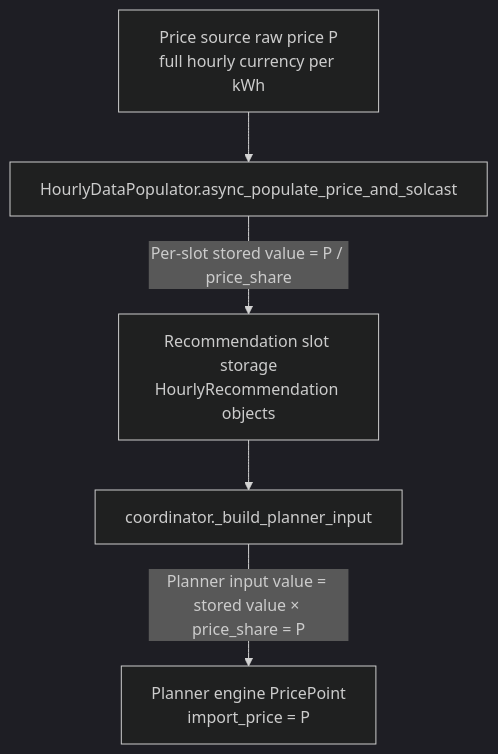
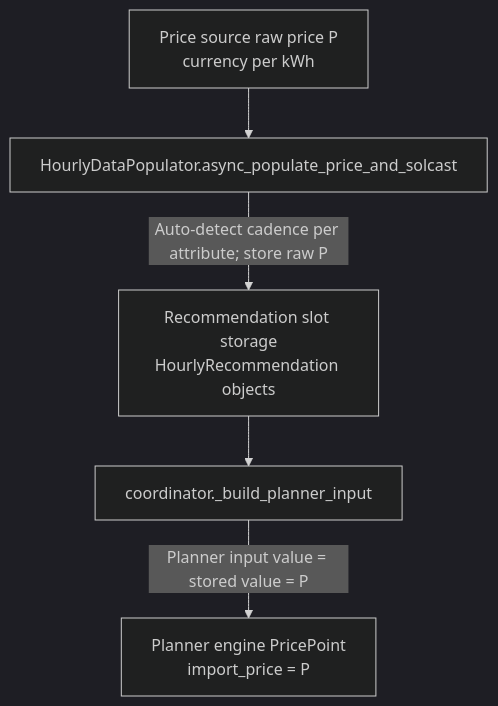
The diagram in docs/price-scaling.md (woopstar/hsem), drawn with Mermaid (dark theme) before and after one commit. The commit also changed other lines of this file and 9 other files, not shown here.

Commit message:
fix(populator): auto-detect source interval per attribute; store raw values (#761)

````diff
--- a/docs/price-scaling.md
+++ b/docs/price-scaling.md
@@ -39,13 +37,13 @@
 ```mermaid
 flowchart TD
-    A[Price source raw price P\nfull hourly currency per kWh]
+    A[Price source raw price P\ncurrency per kWh]
     B[HourlyDataPopulator.async_populate_price_and_solcast]
     C[Recommendation slot storage\nHourlyRecommendation objects]
     D[coordinator._build_planner_input]
     E[Planner engine PricePoint\nimport_price = P]
 
     A --> B
-    B -->|Per-slot stored value = P / price_share| C
+    B -->|Auto-detect cadence per attribute; store raw P| C
     C --> D
-    D -->|Planner input value = stored value × price_share = P| E
+    D -->|Planner input value = stored value = P| E
 ```
````
